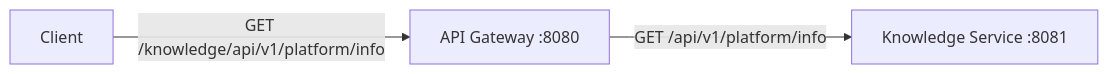
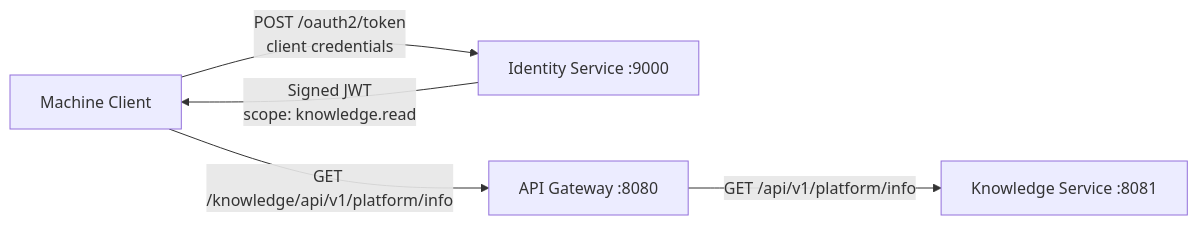
Before and after one commit to dkghosh2019/enterprise-ai-knowledge-platform: the diagram in docs/architecture.md, drawn with Mermaid. The commit also changed other lines of this file and 10 other files, not shown here.

Commit message:
feat: add identity service foundation

````diff
--- a/docs/architecture.md
+++ b/docs/architecture.md
@@ -5,5 +5,7 @@
 ```mermaid
 flowchart LR
-    Client["Client"] -->|"GET /knowledge/api/v1/platform/info"| Gateway["API Gateway :8080"]
+    Client["Machine Client"] -->|"POST /oauth2/token<br/>client credentials"| Identity["Identity Service :9000"]
+    Identity -->|"Signed JWT<br/>scope: knowledge.read"| Client
+    Client -->|"GET /knowledge/api/v1/platform/info"| Gateway["API Gateway :8080"]
     Gateway -->|"GET /api/v1/platform/info"| Knowledge["Knowledge Service :8081"]
 ```
````
